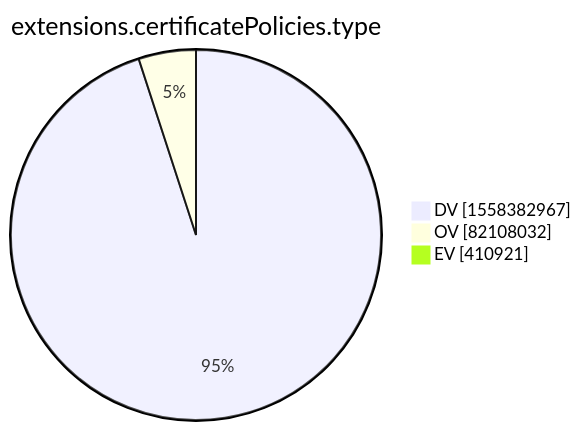
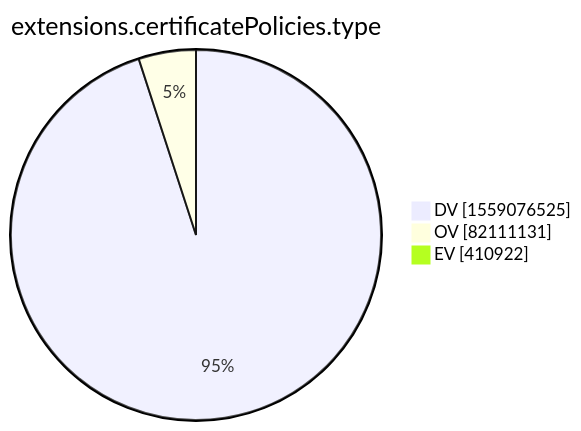
The tenth of 15 diagrams in xenon2022/README.md (christiankrug/ctmonitor_visualization), drawn with Mermaid before and after one commit. The commit also changed other lines of this file, not shown here.

````diff
--- a/xenon2022/README.md
+++ b/xenon2022/README.md
@@ -2876,7 +2876,7 @@
 ```mermaid
 pie showData
 title extensions.certificatePolicies.type
-"DV" :1558382967
-"OV" :82108032
-"EV" :410921
+"DV" :1559076525
+"OV" :82111131
+"EV" :410922
 ```
````
